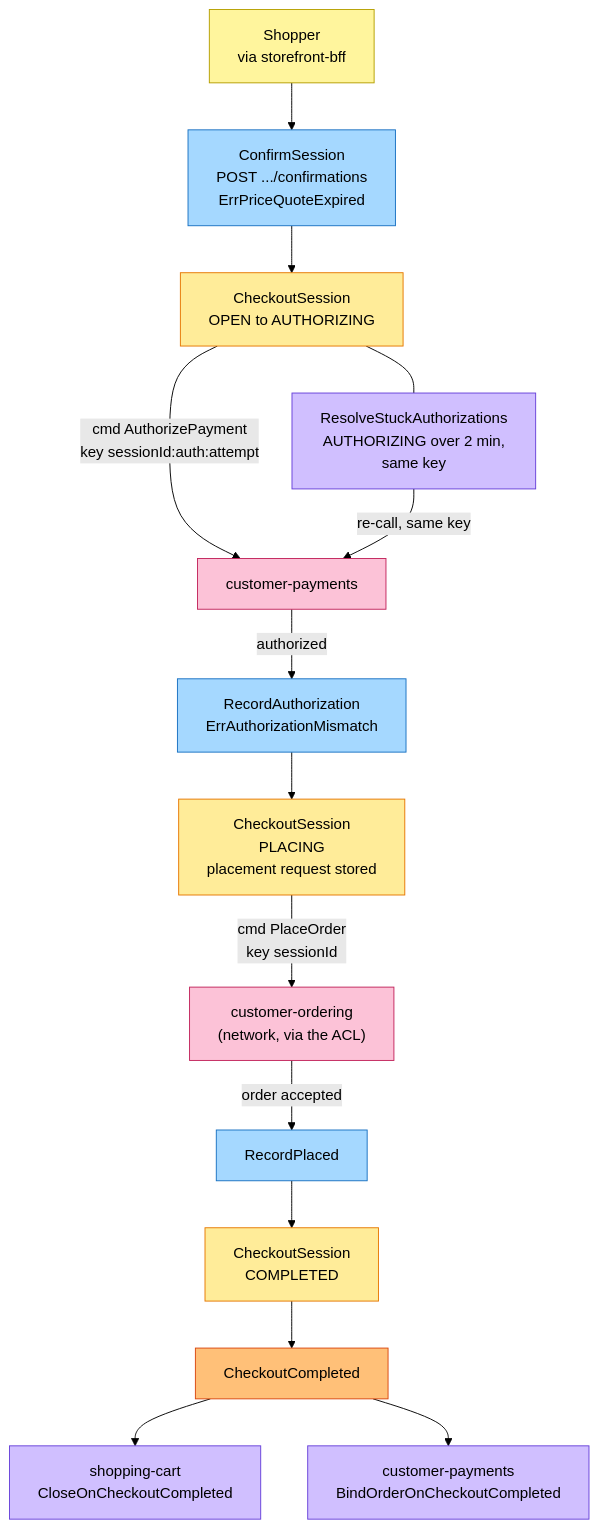
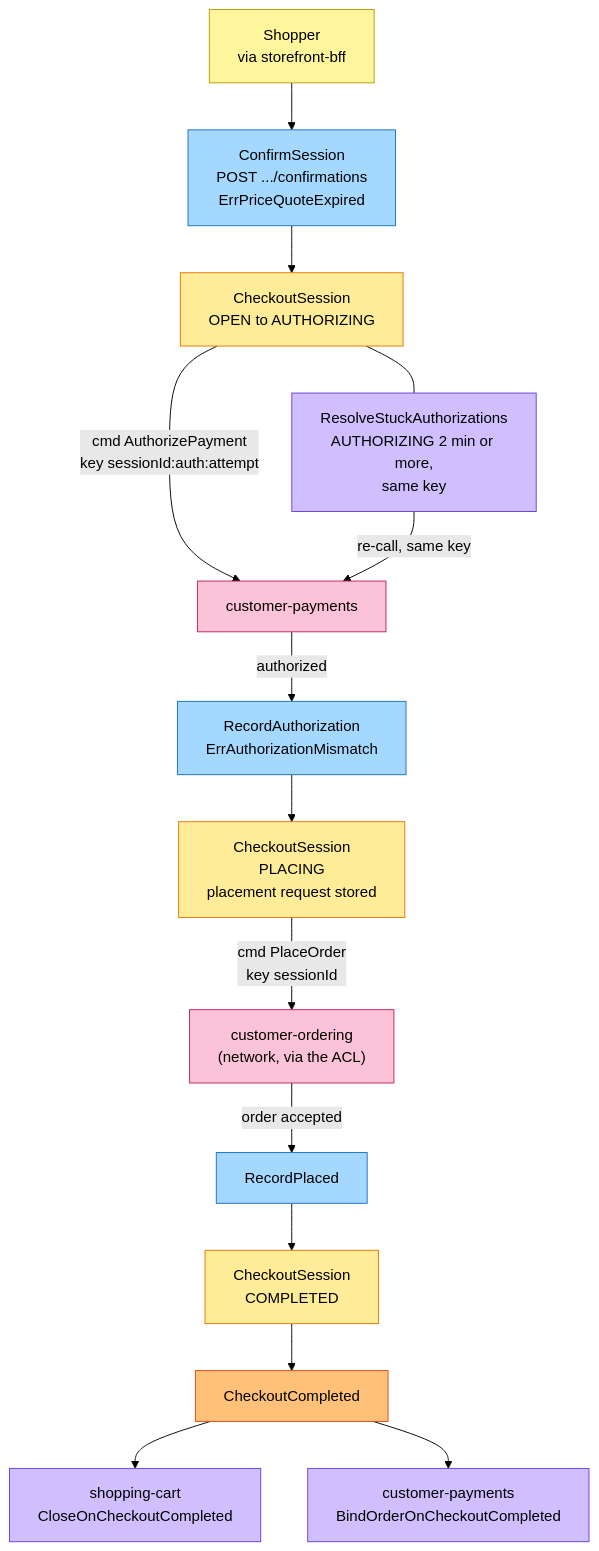
One commit to IQVO/checkout changed the second of 6 diagrams in docs/docs/ddd/eventstorming.md. Above: the diagram before and after it, drawn with Mermaid (forest theme). The commit also changed other lines of this file and 8 other files, not shown here.

````diff
--- a/docs/docs/ddd/eventstorming.md
+++ b/docs/docs/ddd/eventstorming.md
@@ -82,37 +82,37 @@
 ```mermaid
 flowchart TB
     S["Shopper<br/>via storefront-bff"]:::actor
     C1["ConfirmSession<br/>POST .../confirmations<br/>ErrPriceQuoteExpired"]:::command
     G1["CheckoutSession<br/>OPEN to AUTHORIZING"]:::aggregate
     CP["customer-payments"]:::external
     C2["RecordAuthorization<br/>ErrAuthorizationMismatch"]:::command
     G2["CheckoutSession<br/>PLACING<br/>placement request stored"]:::aggregate
     CO["customer-ordering<br/>(network, via the ACL)"]:::external
     C3["RecordPlaced"]:::command
     G3["CheckoutSession<br/>COMPLETED"]:::aggregate
     E1["CheckoutCompleted"]:::event
     P1["shopping-cart<br/>CloseOnCheckoutCompleted"]:::policy
     P2["customer-payments<br/>BindOrderOnCheckoutCompleted"]:::policy
-    P3["ResolveStuckAuthorizations<br/>AUTHORIZING over 2 min,<br/>same key"]:::policy
+    P3["ResolveStuckAuthorizations<br/>AUTHORIZING 2 min or more,<br/>same key"]:::policy
 
     S --> C1
     C1 --> G1
     G1 -->|"cmd AuthorizePayment<br/>key sessionId:auth:attempt"| CP
     CP -->|authorized| C2
     C2 --> G2
     G2 -->|"cmd PlaceOrder<br/>key sessionId"| CO
     CO -->|"order accepted"| C3
     C3 --> G3
     G3 --> E1
     E1 --> P1
     E1 --> P2
     P3 -->|"re-call, same key"| CP
     G1 --- P3
 
     classDef actor fill:#fff59d,stroke:#b59f00,color:#000
     classDef command fill:#a5d8ff,stroke:#1971c2,color:#000
     classDef aggregate fill:#ffec99,stroke:#e67700,color:#000
     classDef event fill:#ffc078,stroke:#d9480f,color:#000
     classDef policy fill:#d0bfff,stroke:#6741d9,color:#000
     classDef external fill:#fcc2d7,stroke:#c2255c,color:#000
 ```
````
